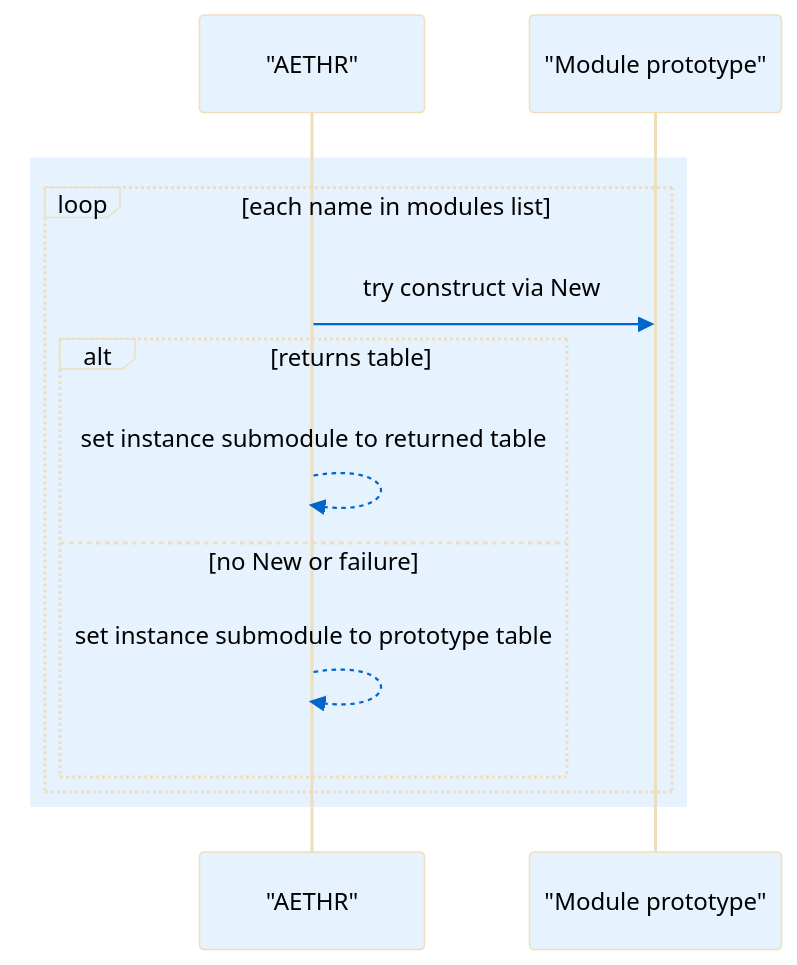
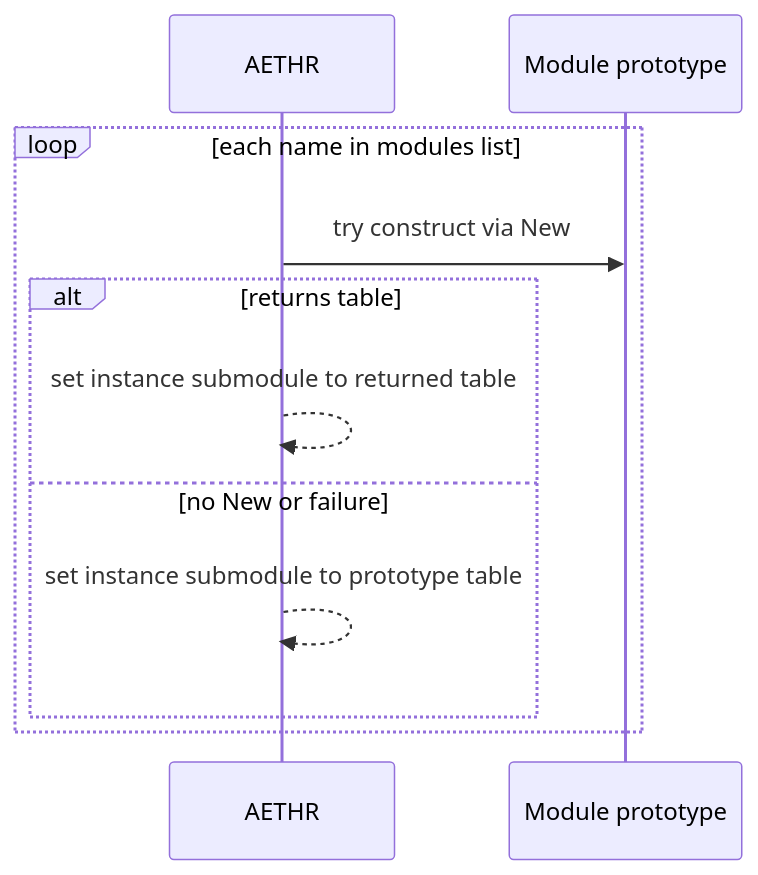
The second of 3 diagrams in docs/aethr/modules_wiring.md (Gh0st352/AETHR), drawn with Mermaid before and after one commit. The commit also changed other lines of this file and 20 other files, not shown here.

First line of the commit message:
docs: unify mermaid themes and clarify module graphs

````diff
--- a/docs/aethr/modules_wiring.md
+++ b/docs/aethr/modules_wiring.md
@@ -67,19 +48,15 @@
 ```mermaid
-%%{init: {"theme":"base","themeVariables":{"actorBkg":"#e6f3ff","actorTextColor":"#000","lineColor":"#495057","signalColor":"#0066cc","signalTextColor":"#000000ff","textColor":"#000000ff","fontSize":"14px"}}}%%
+%% shared theme: docs/_mermaid/theme.json %%
 sequenceDiagram
-  participant A as "AETHR"
-  participant Mod as "Module prototype"
+  participant A as AETHR
+  participant Mod as Module prototype
 
-  rect rgba(255,255,255,0.75)
-    rect rgb(230,243,255)
-      loop each name in modules list
-        A->>Mod: try construct via New
-        alt returns table
-          A-->>A: set instance submodule to returned table
-        else no New or failure
-          A-->>A: set instance submodule to prototype table
-        end
-      end
+  loop each name in modules list
+    A->>Mod: try construct via New
+    alt returns table
+      A-->>A: set instance submodule to returned table
+    else no New or failure
+      A-->>A: set instance submodule to prototype table
     end
   end
 ```
````
